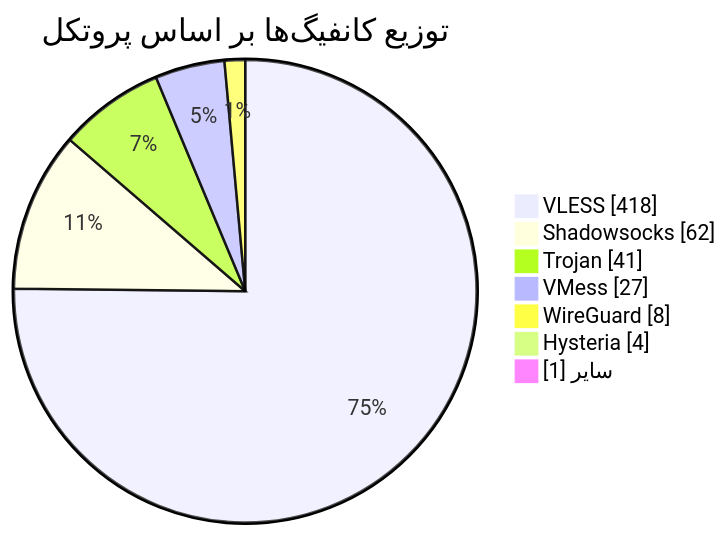
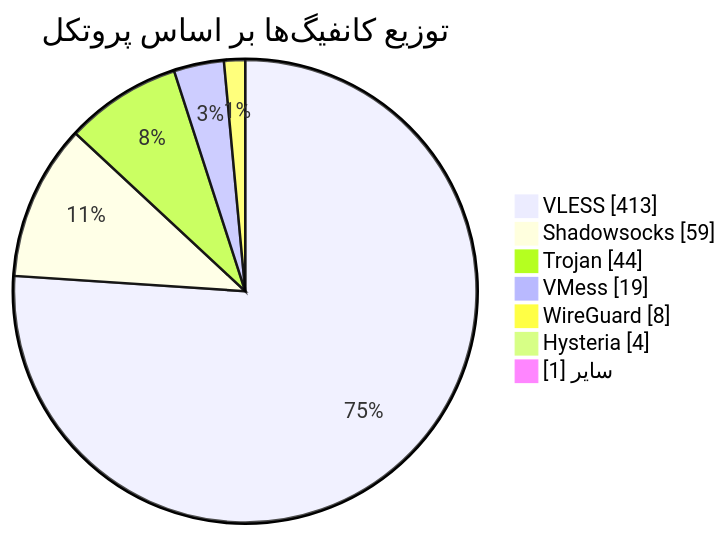
The diagram in README.md (Arian-Alijani/Somthing), drawn with Mermaid before and after one commit. The commit also changed other lines of this file and 17 other files, not shown here.

````diff
--- a/README.md
+++ b/README.md
@@ -49,11 +49,11 @@
 ```mermaid
 pie showData
     title توزیع کانفیگ‌ها بر اساس پروتکل
-    "VLESS" : 418
-    "Shadowsocks" : 62
-    "Trojan" : 41
-    "VMess" : 27
+    "VLESS" : 413
+    "Shadowsocks" : 59
+    "Trojan" : 44
+    "VMess" : 19
     "WireGuard" : 8
     "Hysteria" : 4
     "سایر" : 1
 ```
````
